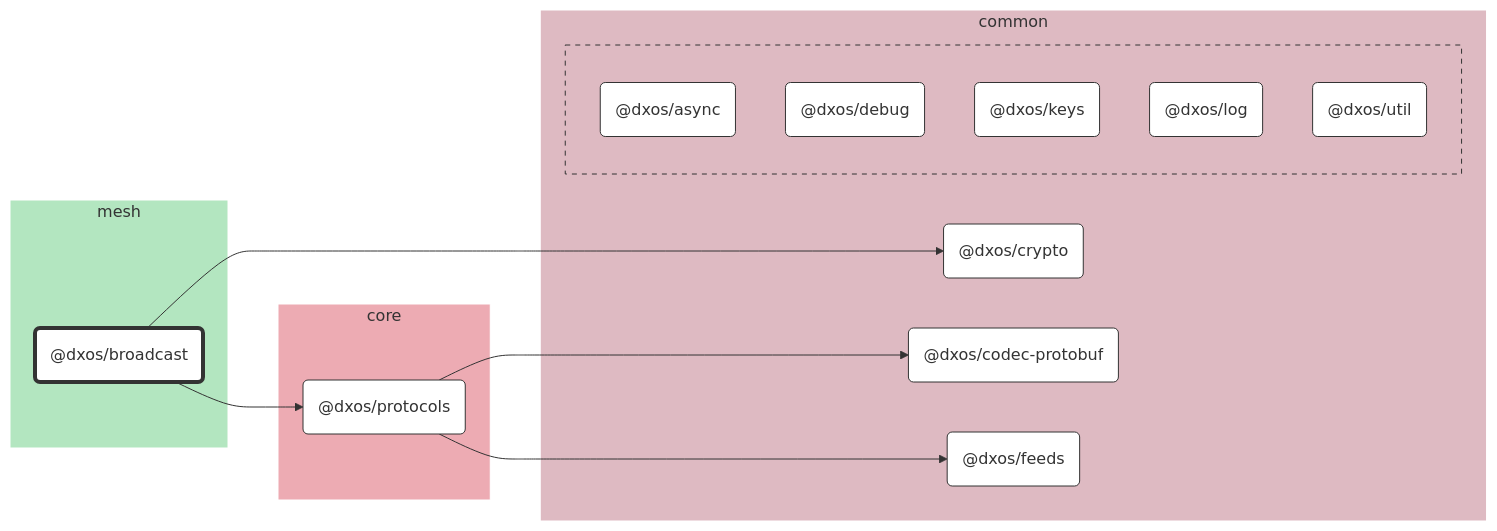
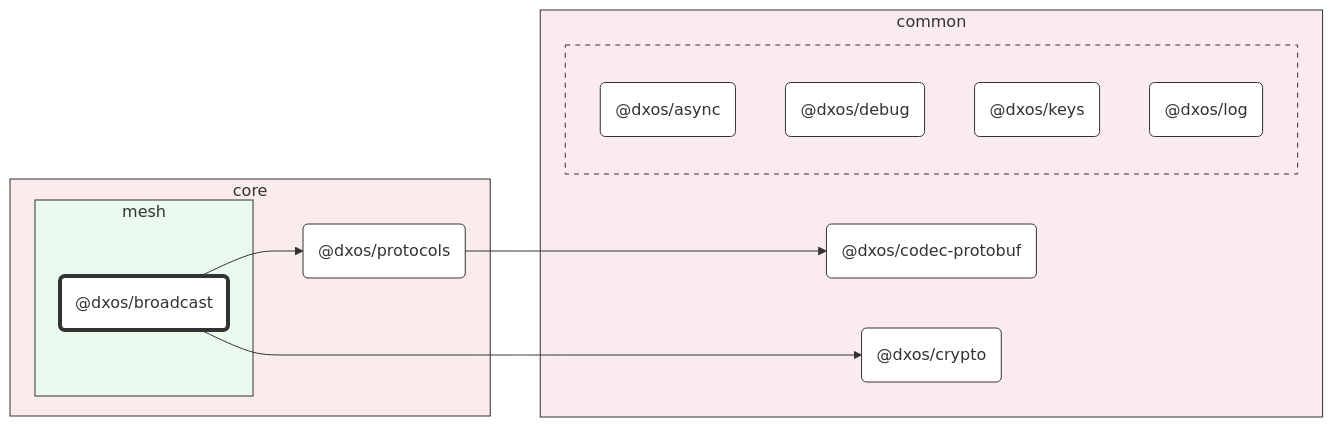
The diagram in packages/core/mesh/broadcast/docs/README.md (dxos/dxos), drawn with Mermaid before and after one commit. The commit also changed other lines of this file and 93 other files, not shown here.

First line of the commit message:
chore: hierarchical graphs. (#1583)

````diff
--- a/packages/core/mesh/broadcast/docs/README.md
+++ b/packages/core/mesh/broadcast/docs/README.md
@@ -7,54 +7,49 @@
 ```mermaid
 %%{ init: {'flowchart':{'curve':'basis'}} }%%
 
 flowchart LR
 
 %% Classes
 classDef def fill:#fff,stroke:#333,stroke-width:1px
 classDef root fill:#fff,stroke:#333,stroke-width:4px
 
 %% Nodes
 
-subgraph mesh [mesh]
-  style mesh fill:#b3e6c0,stroke:#fff
-  dxos/broadcast("@dxos/broadcast"):::root
-  click dxos/broadcast "dxos/dxos/tree/main/packages/core/mesh/broadcast/docs"
+subgraph core [core]
+  style core fill:#faebec,stroke:#333
+  dxos/protocols("@dxos/protocols"):::def
+  click dxos/protocols "dxos/dxos/tree/main/packages/core/protocols/docs"
+
+  subgraph mesh [mesh]
+    style mesh fill:#ebfaef,stroke:#333
+    dxos/broadcast("@dxos/broadcast"):::root
+    click dxos/broadcast "dxos/dxos/tree/main/packages/core/mesh/broadcast/docs"
+  end
 end
 
 subgraph common [common]
-  style common fill:#debac2,stroke:#fff
+  style common fill:#faebee,stroke:#333
   dxos/codec-protobuf("@dxos/codec-protobuf"):::def
   click dxos/codec-protobuf "dxos/dxos/tree/main/packages/common/codec-protobuf/docs"
   dxos/crypto("@dxos/crypto"):::def
   click dxos/crypto "dxos/dxos/tree/main/packages/common/crypto/docs"
-  dxos/feeds("@dxos/feeds"):::def
-  click dxos/feeds "dxos/dxos/tree/main/packages/common/feeds/docs"
 
-  subgraph common-excluded [ ]
-    style common-excluded fill:#debac2,stroke:#333,stroke-dasharray:5 5
+  subgraph _ [ ]
+    style _ fill:#faebee,stroke:#333,stroke-dasharray:5 5
     dxos/async("@dxos/async"):::def
     click dxos/async "dxos/dxos/tree/main/packages/common/async/docs"
     dxos/debug("@dxos/debug"):::def
     click dxos/debug "dxos/dxos/tree/main/packages/common/debug/docs"
     dxos/keys("@dxos/keys"):::def
     click dxos/keys "dxos/dxos/tree/main/packages/common/keys/docs"
     dxos/log("@dxos/log"):::def
     click dxos/log "dxos/dxos/tree/main/packages/common/log/docs"
-    dxos/util("@dxos/util"):::def
-    click dxos/util "dxos/dxos/tree/main/packages/common/util/docs"
   end
-end
-
-subgraph core [core]
-  style core fill:#edabb3,stroke:#fff
-  dxos/protocols("@dxos/protocols"):::def
-  click dxos/protocols "dxos/dxos/tree/main/packages/core/protocols/docs"
 end
 
 %% Links
 linkStyle default stroke:#333,stroke-width:1px
 dxos/broadcast --> dxos/crypto
 dxos/broadcast --> dxos/protocols
 dxos/protocols --> dxos/codec-protobuf
-dxos/protocols --> dxos/feeds
 ```
````
